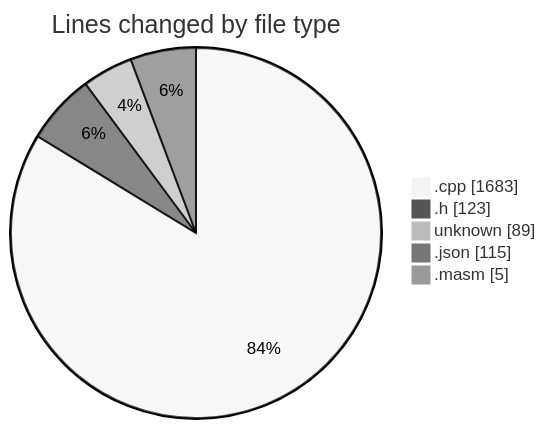
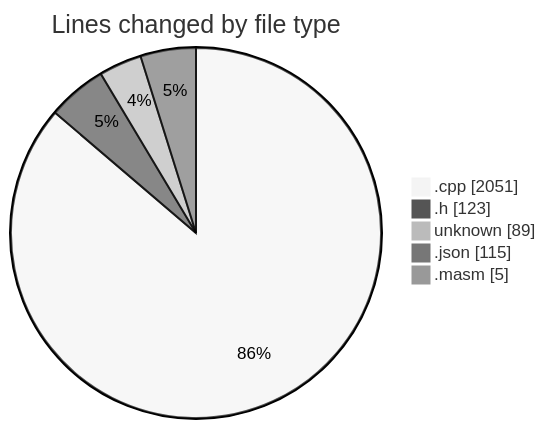
One commit to charlie-sans/code-tracking changed the first of 2 diagrams in 2025-04-29/c-masm/README.md. Above: the diagram before and after it, drawn with Mermaid (neutral theme). The commit also changed other lines of this file and 1 other file, not shown here.

````diff
--- a/2025-04-29/c-masm/README.md
+++ b/2025-04-29/c-masm/README.md
@@ -26,9 +26,9 @@
 ```mermaid
 pie showData
 title Lines changed by file type
-".cpp" : 1683
+".cpp" : 2051
 ".h" : 123
 "unknown" : 89
 ".json" : 115
 ".masm" : 5
 ```
````
